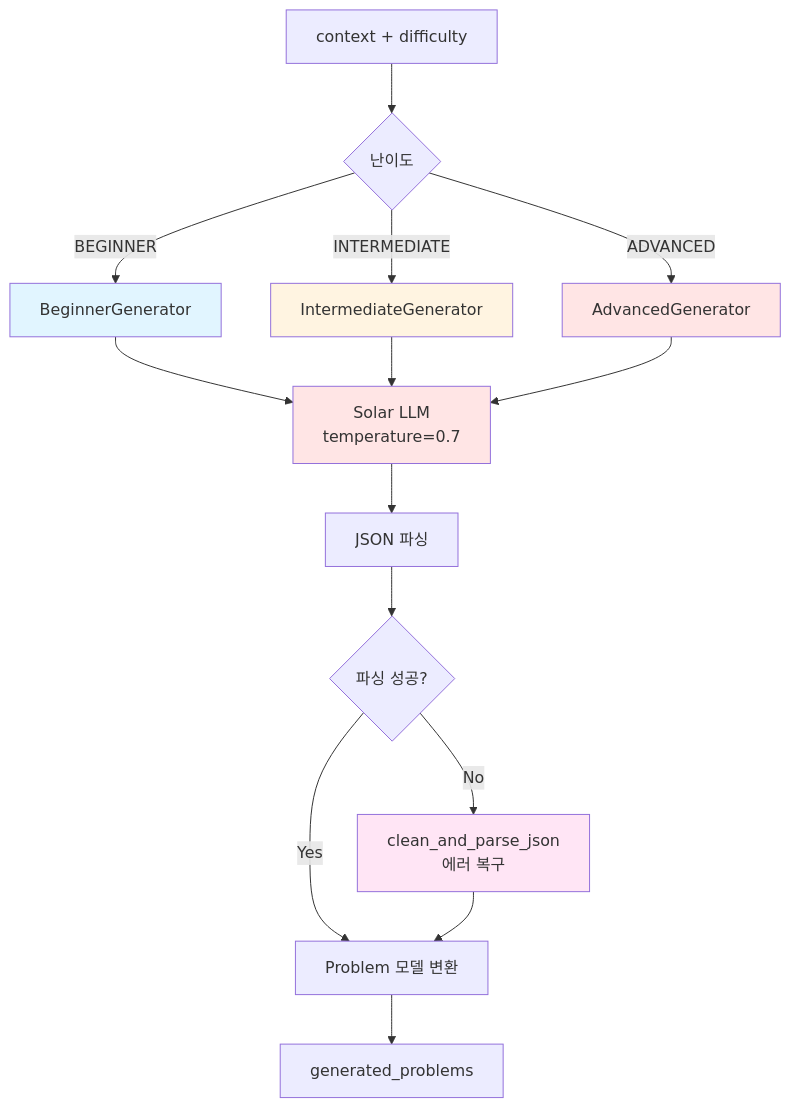
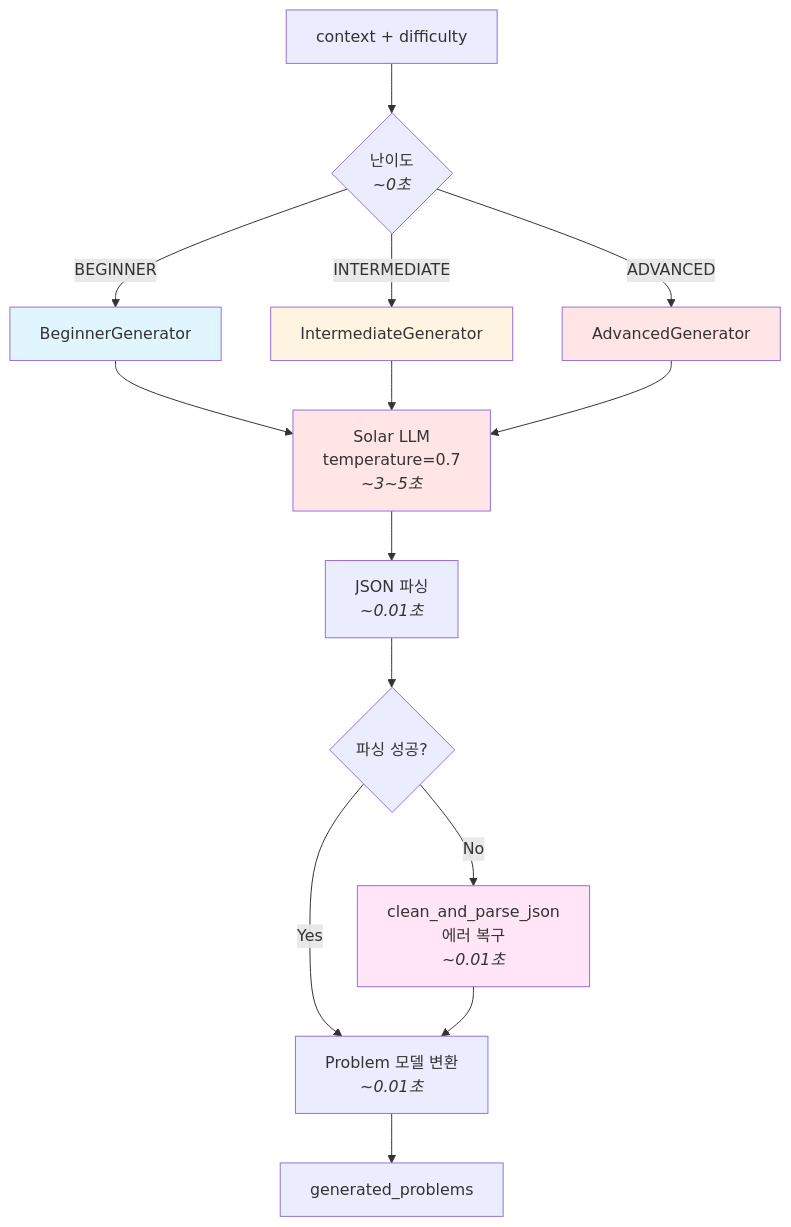
One commit to dkqpeo/obsidian changed the tenth of 23 diagrams in PROBLEM_WORKFLOW.md. Above: the diagram before and after it, drawn with Mermaid. The commit also changed other lines of this file and 1 other file, not shown here.

Commit message:
다이어그램 추가.

````diff
--- a/PROBLEM_WORKFLOW.md
+++ b/PROBLEM_WORKFLOW.md
@@ -207,24 +225,24 @@
 ```mermaid
 flowchart TD
-    A[context + difficulty] --> B{난이도}
+    A[context + difficulty] --> B{난이도<br/><i>~0초</i>}
     B -->|BEGINNER| C[BeginnerGenerator]
     B -->|INTERMEDIATE| D[IntermediateGenerator]
     B -->|ADVANCED| E[AdvancedGenerator]
 
-    C --> F[Solar LLM<br/>temperature=0.7]
+    C --> F[Solar LLM<br/>temperature=0.7<br/><i>~3~5초</i>]
     D --> F
     E --> F
 
-    F --> G[JSON 파싱]
+    F --> G[JSON 파싱<br/><i>~0.01초</i>]
     G --> H{파싱 성공?}
-    H -->|No| I[clean_and_parse_json<br/>에러 복구]
-    H -->|Yes| J[Problem 모델 변환]
+    H -->|No| I[clean_and_parse_json<br/>에러 복구<br/><i>~0.01초</i>]
+    H -->|Yes| J[Problem 모델 변환<br/><i>~0.01초</i>]
     I --> J
     J --> K[generated_problems]
 
     style C fill:#e1f5ff
     style D fill:#fff4e1
     style E fill:#ffe5e5
     style F fill:#ffe5e5
     style I fill:#ffe5f5
 ```
````
